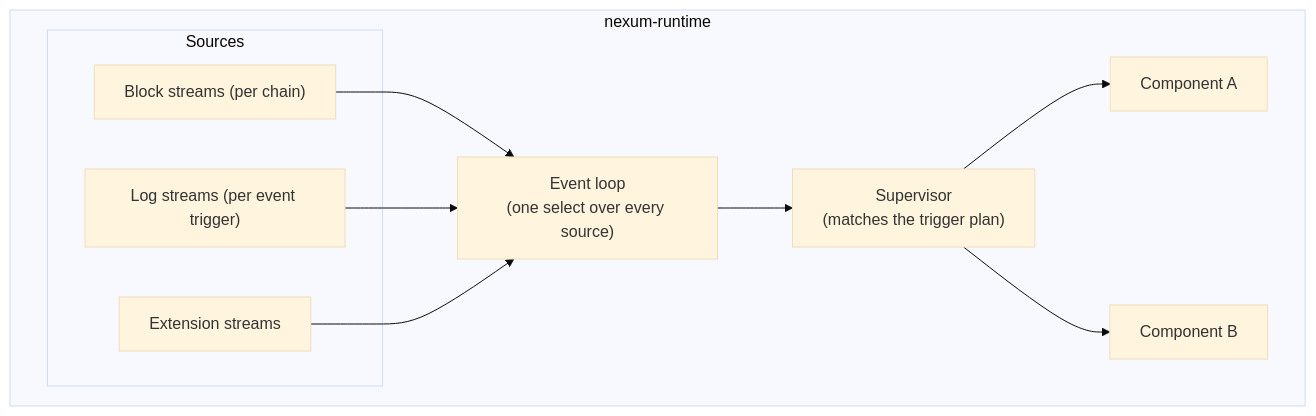
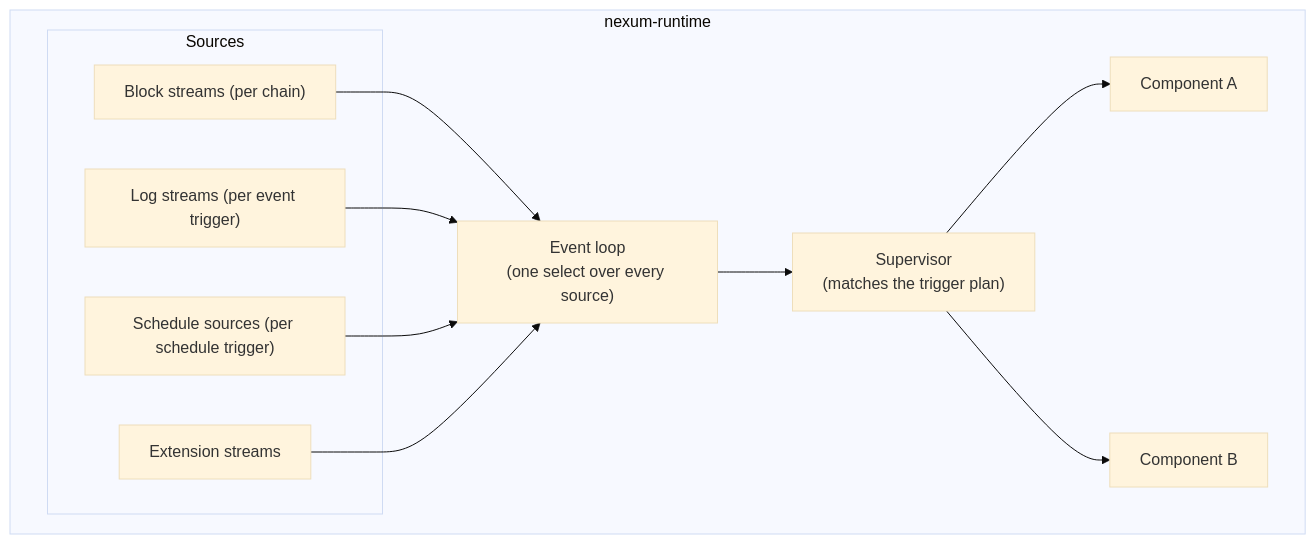
The second of 2 diagrams in docs/02-modules-triggers-packaging.md (nullislabs/nexum-runtime), drawn with Mermaid (base theme) before and after one commit. The commit also changed other lines of this file and 34 other files, not shown here.

````diff
--- a/docs/02-modules-triggers-packaging.md
+++ b/docs/02-modules-triggers-packaging.md
@@ -178,23 +179,25 @@
 ```mermaid
 flowchart TD
     subgraph SRC["Sources"]
         BS["Block streams (per chain)"]
         LW["Log streams (per event trigger)"]
+        SC["Schedule sources (per schedule trigger)"]
         EX["Extension streams"]
     end
 
     subgraph NR["nexum-runtime"]
         SRC
         EL["Event loop\n(one select over every source)"]
         SUP["Supervisor\n(matches the trigger plan)"]
         MA["Component A"]
         MB["Component B"]
     end
 
     BS --> EL
     LW --> EL
+    SC --> EL
     EX --> EL
     EL --> SUP
     SUP --> MA
     SUP --> MB
 ```
````
